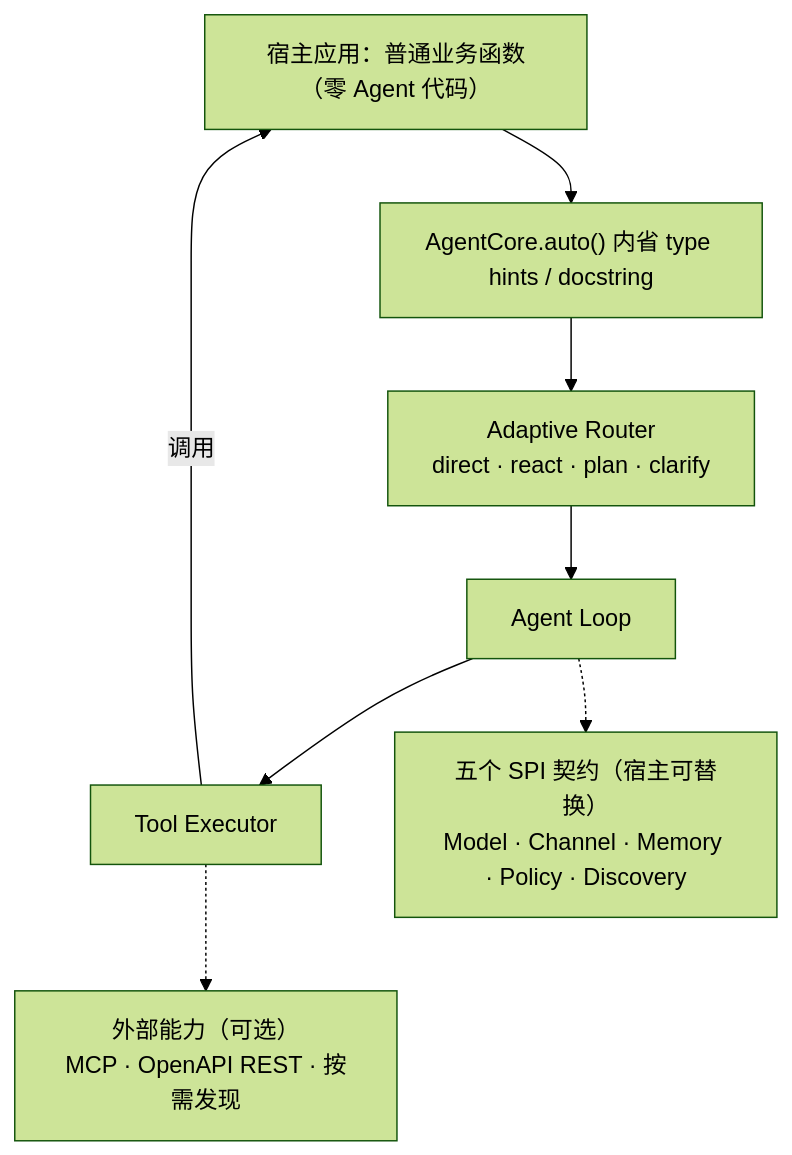
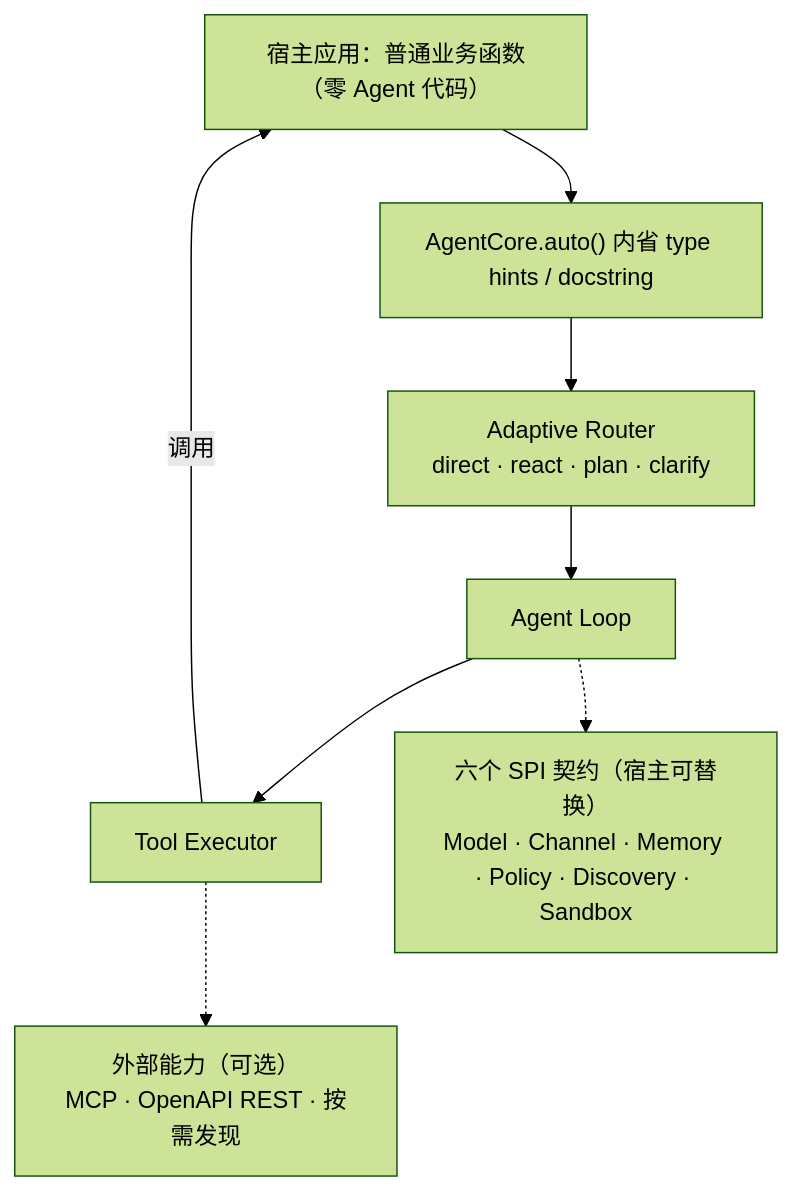
One commit to Gi-Tuu/yai-agent-core changed the diagram in README.md. Above: the diagram before and after it, drawn with Mermaid (forest theme). The commit also changed other lines of this file and 7 other files, not shown here.

````diff
--- a/README.md
+++ b/README.md
@@ -25,14 +25,14 @@
 ```mermaid
 flowchart TB
   app["宿主应用：普通业务函数（零 Agent 代码）"]
   auto["AgentCore.auto() 内省 type hints / docstring"]
   router["Adaptive Router<br/>direct · react · plan · clarify"]
   loop["Agent Loop"]
   exec["Tool Executor"]
   app --> auto --> router --> loop --> exec
   exec -->|"调用"| app
-  spi["五个 SPI 契约（宿主可替换）<br/>Model · Channel · Memory · Policy · Discovery"]
+  spi["六个 SPI 契约（宿主可替换）<br/>Model · Channel · Memory · Policy · Discovery · Sandbox"]
   ext["外部能力（可选）<br/>MCP · OpenAPI REST · 按需发现"]
   loop -.-> spi
   exec -.-> ext
 ```
````
